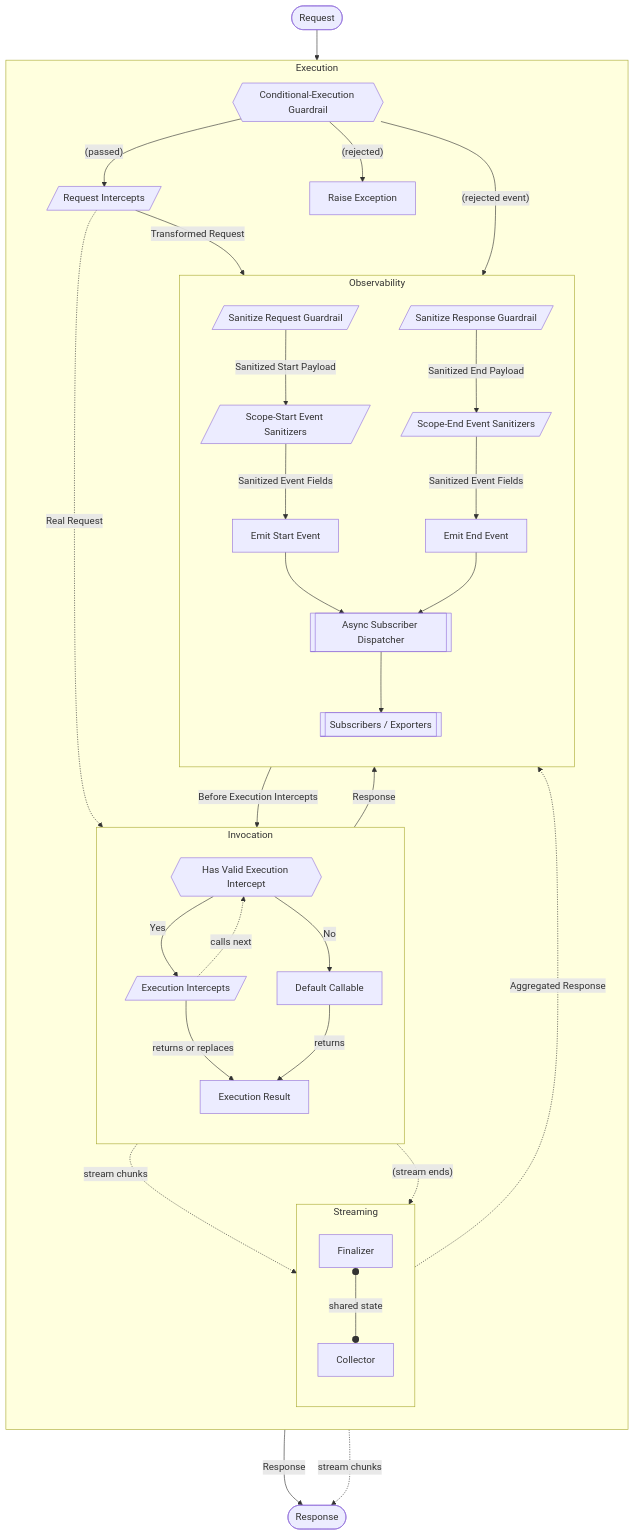
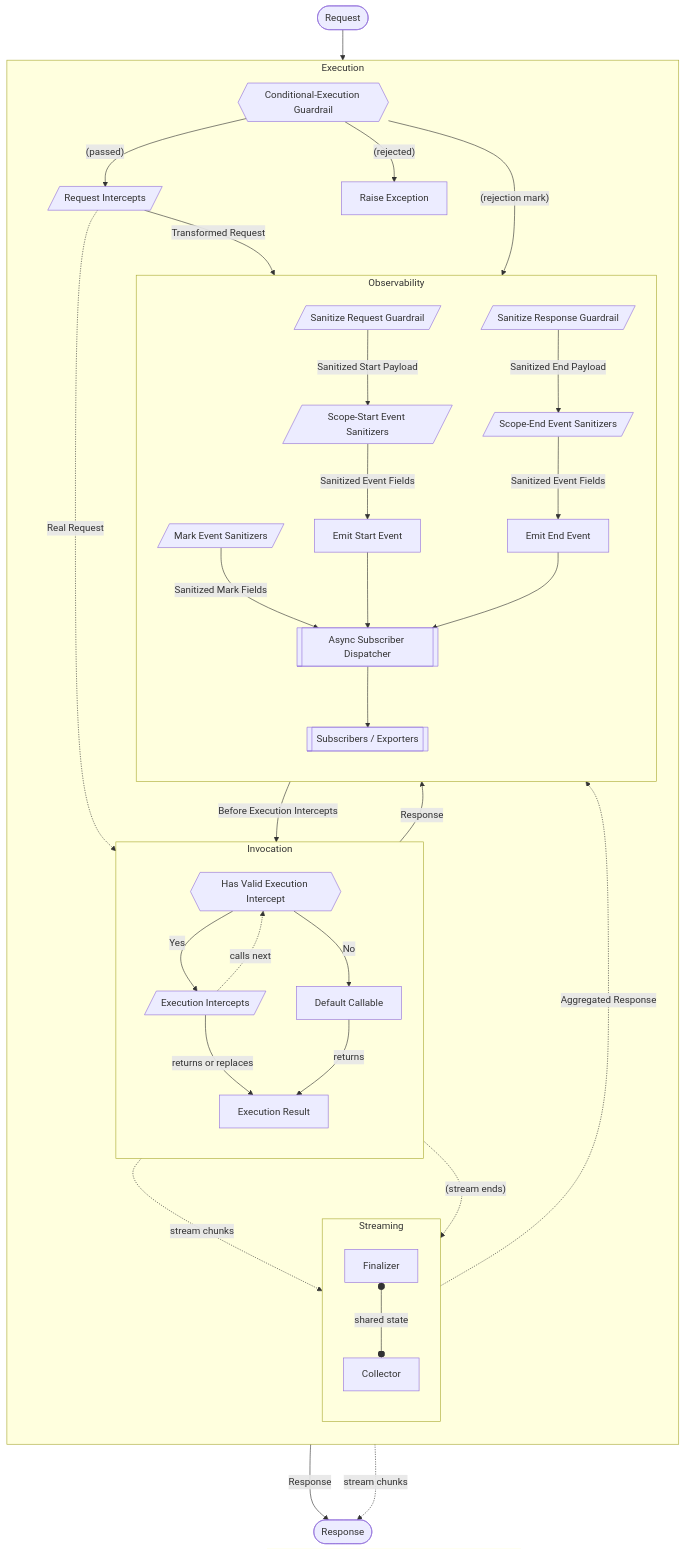
Before and after one commit to NVIDIA/NeMo-Relay: the second of 2 diagrams in docs/about-nemo-relay/concepts/middleware.mdx, drawn with Mermaid. The commit also changed other lines of this file and 4 other files, not shown here.

````diff
--- a/docs/about-nemo-relay/concepts/middleware.mdx
+++ b/docs/about-nemo-relay/concepts/middleware.mdx
@@ -203,76 +203,78 @@
 ```mermaid
 flowchart TB
     Request([Request])
 
     subgraph Execution
         direction TB
         ConditionalExecutionGuardrails{{Conditional-Execution Guardrail}}
         RequestIntercepts[/Request Intercepts/]
         RaiseException[Raise Exception]
         subgraph Invocation
             direction TB
             HasExecutionIntercept{{Has Valid Execution Intercept}}
             ExecutionIntercepts[/Execution Intercepts/]
             DefaultCallable[Default Callable]
             InterceptResult[Execution Result]
         end
 
         subgraph Streaming
             direction TB
             Finalizer[Finalizer]
             Collector[Collector]
         end
 
         subgraph Observability
             direction TB
             SanitizeRequestGuardrails[/Sanitize Request Guardrail/]
             SanitizeResponseGuardrails[/Sanitize Response Guardrail/]
+            MarkSanitizers[/Mark Event Sanitizers/]
             ScopeStartSanitizers[/Scope-Start Event Sanitizers/]
             ScopeEndSanitizers[/Scope-End Event Sanitizers/]
             StartEvent[Emit Start Event]
             EndEvent[Emit End Event]
             Dispatcher[["Async Subscriber Dispatcher"]]
             EventConsumers[["Subscribers / Exporters"]]
         end
     end
 
     Response([Response])
 
     Request --> ConditionalExecutionGuardrails
     RequestIntercepts -->|Transformed Request| SanitizeRequestGuardrails
-    ConditionalExecutionGuardrails -->|"(rejected event)"| Dispatcher
+    ConditionalExecutionGuardrails -->|"(rejection mark)"| MarkSanitizers
+    MarkSanitizers -->|Sanitized Mark Fields| Dispatcher
     ConditionalExecutionGuardrails -->|"(rejected)"| RaiseException
     ConditionalExecutionGuardrails -->|"(passed)"| RequestIntercepts
     SanitizeRequestGuardrails -->|Sanitized Start Payload| ScopeStartSanitizers
     ScopeStartSanitizers -->|Sanitized Event Fields| StartEvent
     StartEvent --> Dispatcher
     Dispatcher --> EventConsumers
     StartEvent -->|Before Execution Intercepts| HasExecutionIntercept
     RequestIntercepts -.->|Real Request| HasExecutionIntercept
 
     HasExecutionIntercept -->|No| DefaultCallable
     HasExecutionIntercept -->|Yes| ExecutionIntercepts
     ExecutionIntercepts -.->|calls next| HasExecutionIntercept
     ExecutionIntercepts -->|returns or replaces| InterceptResult
     DefaultCallable -->|returns| InterceptResult
 
     InterceptResult -->|Response| SanitizeResponseGuardrails
     InterceptResult -->|Response| Response
 
     InterceptResult -.->|stream chunks| Collector
     Collector -..->|stream chunks| Response
     InterceptResult -.->|"(stream ends)"| Finalizer
     Finalizer -.->|Aggregated Response| SanitizeResponseGuardrails
     Finalizer o--o|shared state| Collector
 
     SanitizeResponseGuardrails -->|Sanitized End Payload| ScopeEndSanitizers
     ScopeEndSanitizers -->|Sanitized Event Fields| EndEvent
     EndEvent --> Dispatcher
 
     class Execution,Invocation,Streaming,Observability,Request,Response grey-lightest;
     class Dispatcher,EventConsumers,StartEvent,EndEvent teal-lightest;
     class RequestIntercepts,HasExecutionIntercept,ExecutionIntercepts yellow-lightest;
-    class ConditionalExecutionGuardrails,SanitizeRequestGuardrails,SanitizeResponseGuardrails,ScopeStartSanitizers,ScopeEndSanitizers green-lightest;
+    class ConditionalExecutionGuardrails,SanitizeRequestGuardrails,SanitizeResponseGuardrails,MarkSanitizers,ScopeStartSanitizers,ScopeEndSanitizers green-lightest;
     class RaiseException red-lightest;
     class DefaultCallable,InterceptResult,Collector,Finalizer magenta-lightest;
 ```
````
